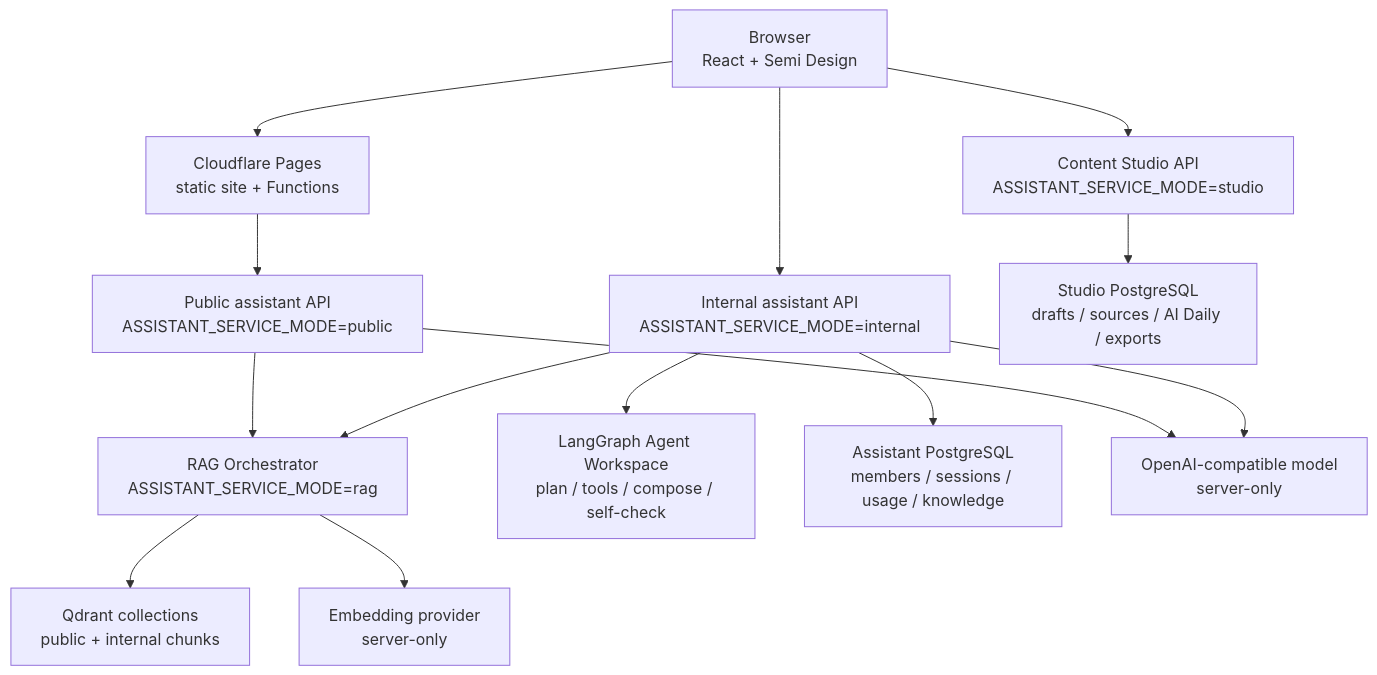
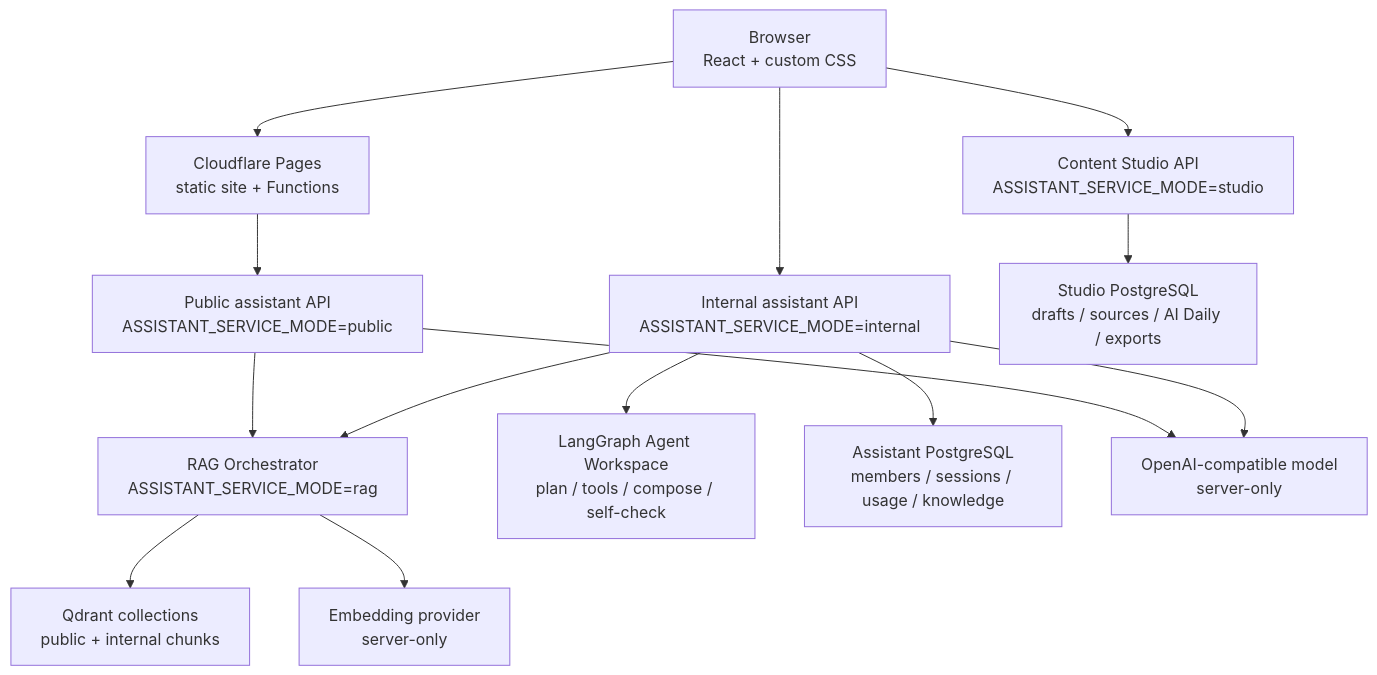
The diagram in README.md (Drew-Z/biau), drawn with Mermaid before and after one commit. The commit also changed other lines of this file and 36 other files, not shown here.

````diff
--- a/README.md
+++ b/README.md
@@ -90,16 +90,16 @@
 ```mermaid
 flowchart TB
-  Browser["Browser\nReact + Semi Design"] --> Pages["Cloudflare Pages\nstatic site + Functions"]
+  Browser["Browser\nReact + custom CSS"] --> Pages["Cloudflare Pages\nstatic site + Functions"]
   Pages --> PublicAPI["Public assistant API\nASSISTANT_SERVICE_MODE=public"]
   Browser --> InternalAPI["Internal assistant API\nASSISTANT_SERVICE_MODE=internal"]
   Browser --> StudioAPI["Content Studio API\nASSISTANT_SERVICE_MODE=studio"]
   PublicAPI --> RAG["RAG Orchestrator\nASSISTANT_SERVICE_MODE=rag"]
   InternalAPI --> RAG
   InternalAPI --> LangGraph["LangGraph Agent Workspace\nplan / tools / compose / self-check"]
   InternalAPI --> AppDB["Assistant PostgreSQL\nmembers / sessions / usage / knowledge"]
   StudioAPI --> StudioDB["Studio PostgreSQL\ndrafts / sources / AI Daily / exports"]
   RAG --> Qdrant["Qdrant collections\npublic + internal chunks"]
   RAG --> Embedding["Embedding provider\nserver-only"]
   PublicAPI --> Model["OpenAI-compatible model\nserver-only"]
   InternalAPI --> Model
 ```
````
